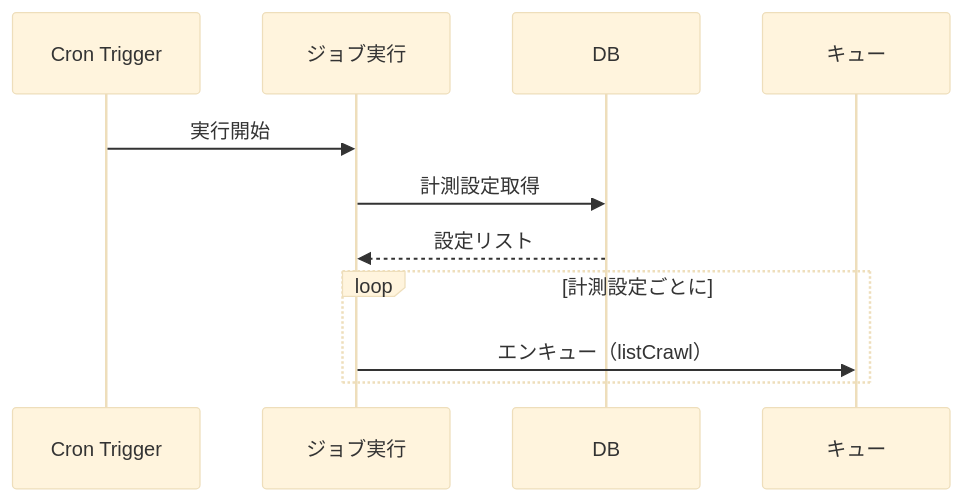
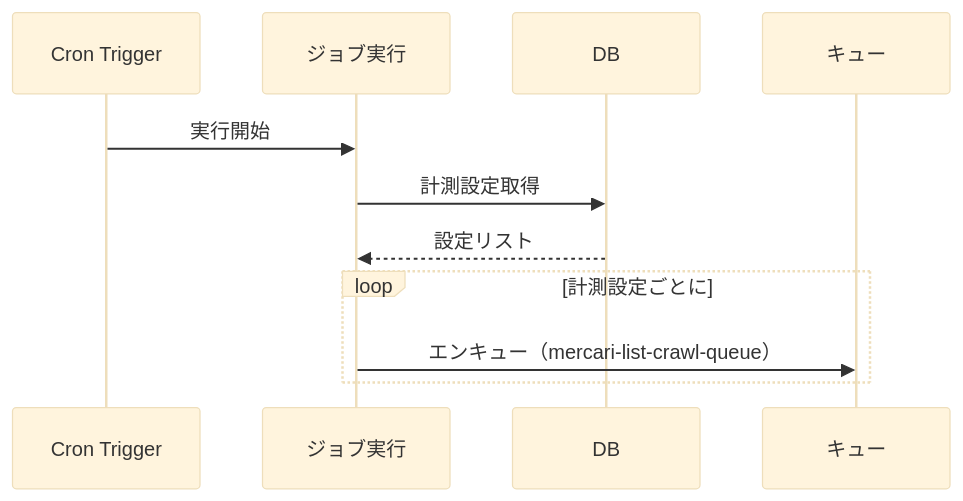
One commit to kuroweb/crawlflare changed the second of 4 diagrams in docs/plan/REQ-0001_scraping-implementation/detailed-design.md. Above: the diagram before and after it, drawn with Mermaid (base theme). The commit also changed other lines of this file, not shown here.

````diff
--- a/docs/plan/REQ-0001_scraping-implementation/detailed-design.md
+++ b/docs/plan/REQ-0001_scraping-implementation/detailed-design.md
@@ -135,14 +135,14 @@
 ```mermaid
 sequenceDiagram
   participant Trigger as Cron Trigger
   participant Job as ジョブ実行
   participant DB as DB
   participant Queue as キュー
 
   Trigger->>Job: 実行開始
   Job->>DB: 計測設定取得
   DB-->>Job: 設定リスト
   loop 計測設定ごとに
-    Job->>Queue: エンキュー（listCrawl）
+    Job->>Queue: エンキュー（mercari-list-crawl-queue）
   end
 ```
````
